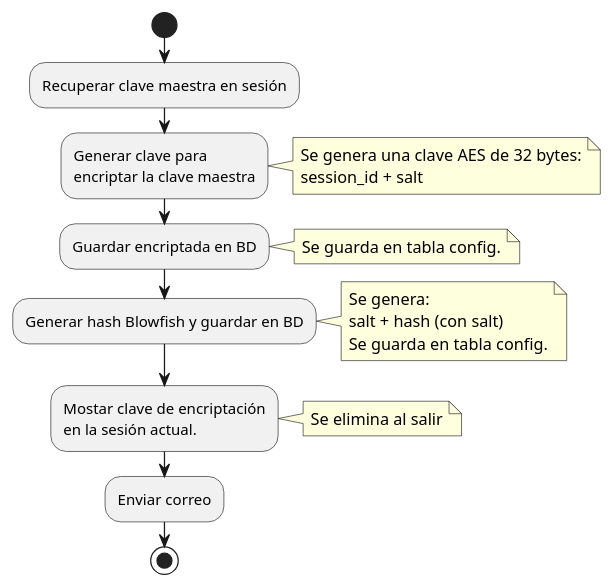
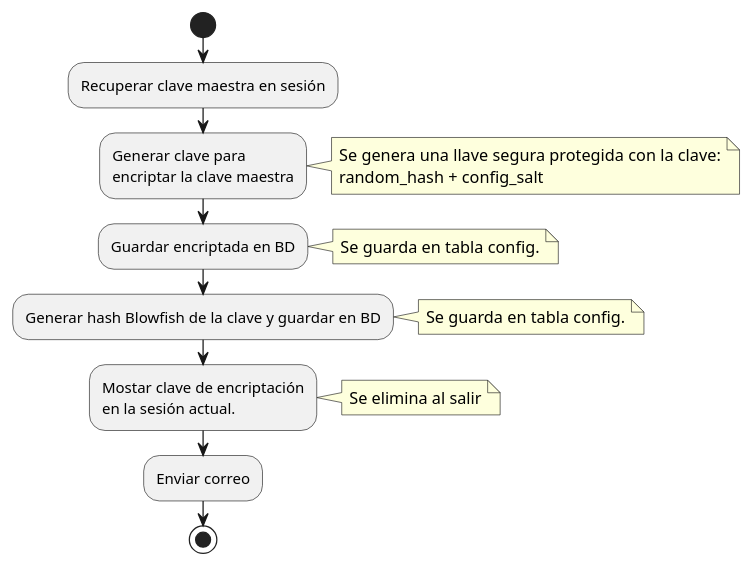
Before and after one commit to sysPass/sysPass-doc: the fifth of 8 diagrams in docs/source/application/encryption.rst, drawn with PlantUML. The commit also changed other lines of this file and 7 other files, not shown here.

```diff
--- a/docs/source/application/encryption.rst
+++ b/docs/source/application/encryption.rst
@@ -248,42 +249,40 @@
   .. uml::
 
     @startuml
 
     start
 
     :Recuperar clave maestra en sesión;
 
     :Generar clave para
     encriptar la clave maestra;
 
     note right
-      Se genera una clave AES de 32 bytes:
-      session_id + salt
+      Se genera una llave segura protegida con la clave:
+      random_hash + config_salt
     end note
 
     :Guardar encriptada en BD;
 
     note right
      Se guarda en tabla config.
     end note
 
-    :Generar hash Blowfish y guardar en BD;
+    :Generar hash Blowfish de la clave y guardar en BD;
 
     note right
-     Se genera:
-     salt + hash (con salt)
      Se guarda en tabla config.
     end note
 
     :Mostar clave de encriptación
     en la sesión actual.;
 
     note right
      Se elimina al salir
     end note
 
     :Enviar correo;
 
     stop
 
     @enduml
```
